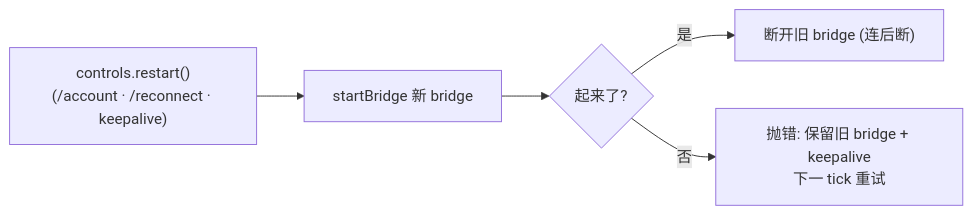
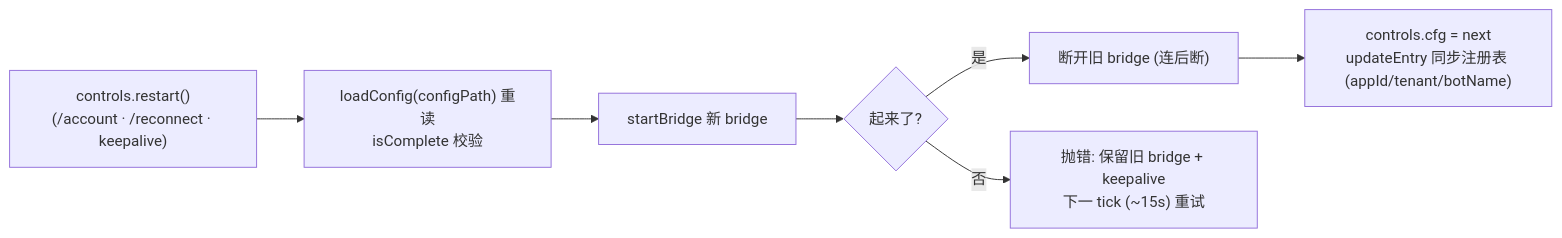
Before and after one commit to sorphwer/feishu-omp-bridge: the fourth of 4 diagrams in how-it-works/11-daemon-cli-runtime.md, drawn with Mermaid. The commit also changed other lines of this file and 12 other files, not shown here.

````diff
--- a/how-it-works/11-daemon-cli-runtime.md
+++ b/how-it-works/11-daemon-cli-runtime.md
@@ -107,7 +144,9 @@
 ```mermaid
 flowchart LR
-  REQ["controls.restart()<br/>(/account · /reconnect · keepalive)"] --> NEW["startBridge 新 bridge"]
+  REQ["controls.restart()<br/>(/account · /reconnect · keepalive)"] --> CFG["loadConfig(configPath) 重读<br/>isComplete 校验"]
+  CFG --> NEW["startBridge 新 bridge"]
   NEW --> OK{"起来了?"}
-  OK -->|是| KILL["断开旧 bridge (连后断)"]
-  OK -->|否| KEEP["抛错: 保留旧 bridge + keepalive<br/>下一 tick 重试"]
+  OK -->|"是"| KILL["断开旧 bridge (连后断)"]
+  KILL --> SYNC["controls.cfg = next<br/>updateEntry 同步注册表 (appId/tenant/botName)"]
+  OK -->|"否"| KEEP["抛错: 保留旧 bridge + keepalive<br/>下一 tick (~15s) 重试"]
 ```
````
